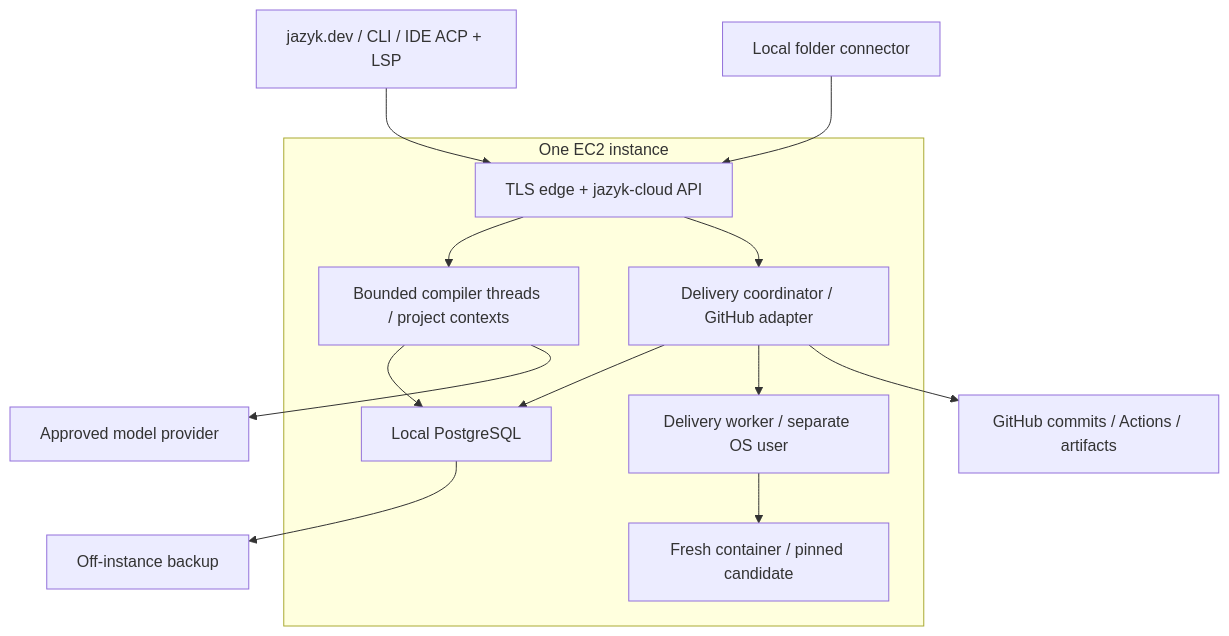
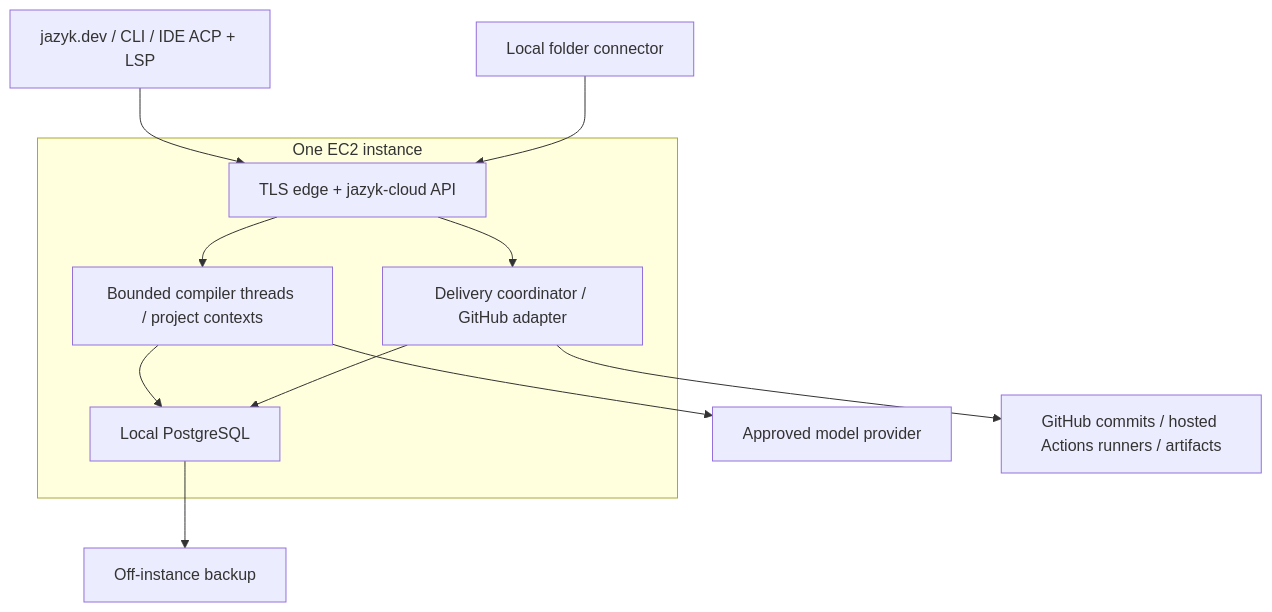
The diagram in plans/cloud/architecture.md (JazykOrg/Jazyk), drawn with Mermaid before and after one commit. The commit also changed other lines of this file and 11 other files, not shown here.

Commit message:
Plan GitHub-only delivery and separate cloud specification

````diff
--- a/plans/cloud/architecture.md
+++ b/plans/cloud/architecture.md
@@ -21,16 +21,14 @@
 ```mermaid
 flowchart TB
     UI["jazyk.dev / CLI / IDE ACP + LSP"] --> API
     Connector["Local folder connector"] --> API
     subgraph EC2["One EC2 instance"]
         API["TLS edge + jazyk-cloud API"] --> Runtime["Bounded compiler threads / project contexts"]
         API --> Delivery["Delivery coordinator / GitHub adapter"]
         Runtime --> DB["Local PostgreSQL"]
         Delivery --> DB
-        Delivery --> Worker["Delivery worker / separate OS user"]
-        Worker --> Box["Fresh container / pinned candidate"]
     end
     Runtime --> Models["Approved model provider"]
-    Delivery --> GitHub["GitHub commits / Actions / artifacts"]
+    Delivery --> GitHub["GitHub commits / hosted Actions runners / artifacts"]
     DB --> Backup["Off-instance backup"]
 ```
````
